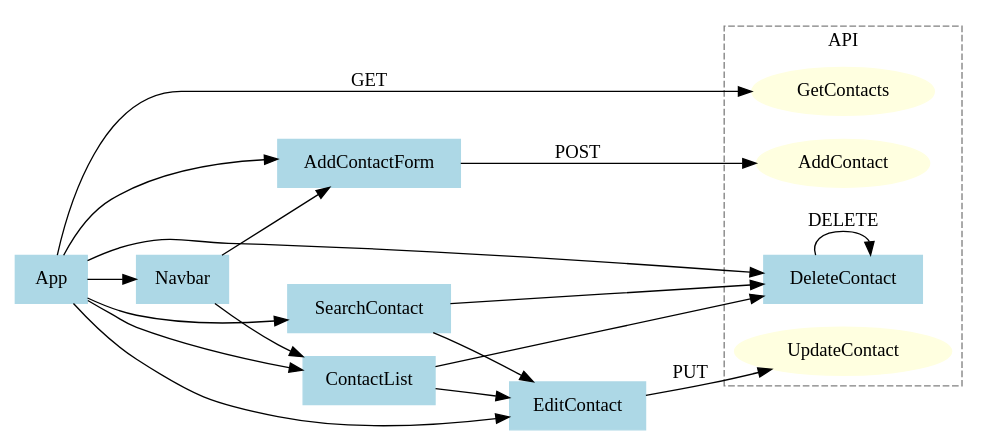
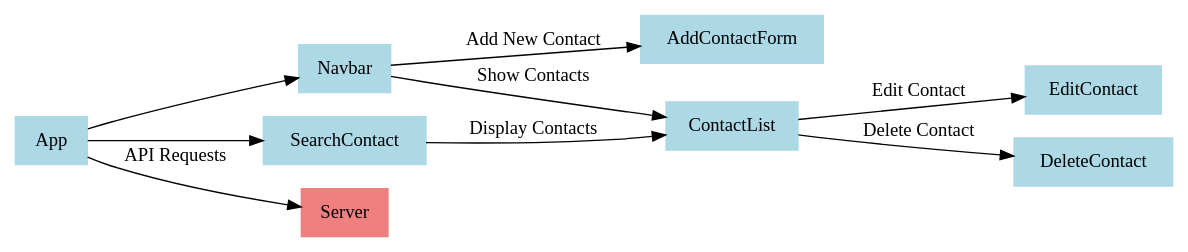
Before and after one commit to tamaralmogy/Contact-App: the diagram in graphs.dot, drawn with Graphviz. The commit also changed 13 other files, not shown here.

```diff
--- a/graphs.dot
+++ b/graphs.dot
@@ -1,51 +1,34 @@
 digraph ContactListAppComponents {
   rankdir=LR;
   node [shape=box, style=filled, color=lightblue];
 
+  // Main Components
   App;
   Navbar;
+  SearchContact;
+  AddContactForm;
   ContactList;
-  AddContactForm;
-  SearchContact;
   EditContact;
   DeleteContact;
 
-  // Component Connections
+  // Server
+  Server [shape=box, color=lightcoral, label="Server"];
+
+  // Connections from App
   App -> Navbar;
   App -> SearchContact;
-  App -> ContactList;
-  App -> AddContactForm;
-  App -> EditContact;
-  App -> DeleteContact;
 
-  // Navbar contains AddContactForm and can show all contacts
-  Navbar -> AddContactForm;
-  Navbar -> ContactList;
+  // Connections from Navbar
+  Navbar -> AddContactForm [label="Add New Contact"];
+  Navbar -> ContactList [label="Show Contacts"];
 
-  // SearchContact can display ContactList
-  SearchContact -> EditContact;
-  SearchContact -> DeleteContact;
+  // Connection from SearchContact
+  SearchContact -> ContactList [label="Display Contacts"];
 
+  // Connections from ContactList
+  ContactList -> EditContact [label="Edit Contact"];
+  ContactList -> DeleteContact [label="Delete Contact"];
 
-  // Edit and Delete actions are tied to ContactList
-  ContactList -> EditContact;
-  ContactList -> DeleteContact;
-
-  // Frontend and Backend API connections
-  subgraph cluster_API {
-    label="API";
-    style=dashed;
-    color=gray;
-    node [shape=ellipse, style=filled, color=lightyellow];
-    GetContacts;
-    AddContact;
-    UpdateContact;
-    DeleteContact;
-  }
-
-  // Frontend to API calls
-  App -> GetContacts [label="GET"];
-  AddContactForm -> AddContact [label="POST"];
-  EditContact -> UpdateContact [label="PUT"];
-  DeleteContact -> DeleteContact [label="DELETE"];
+  // API requests from App to Server
+  App -> Server [label="API Requests"];
 }
```
